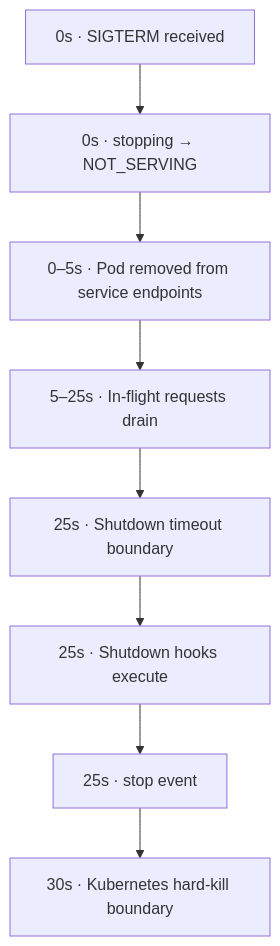
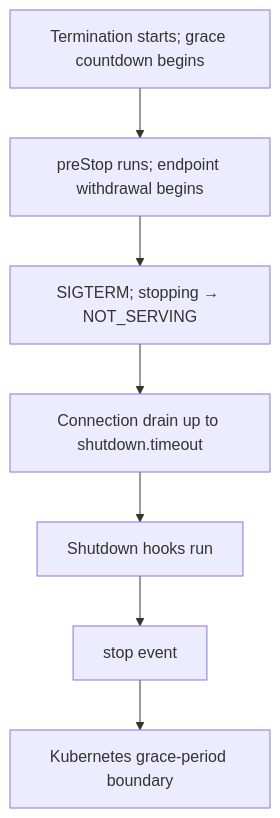
One commit to Connectum-Framework/docs changed the second of 2 diagrams in en/guide/server/graceful-shutdown.md. Above: the diagram before and after it, drawn with Mermaid. The commit also changed other lines of this file and 98 other files, not shown here.

````diff
--- a/en/guide/server/graceful-shutdown.md
+++ b/en/guide/server/graceful-shutdown.md
@@ -298,10 +301,9 @@
 ```mermaid
 flowchart TD
-    Signal["0s · SIGTERM received"] --> NotServing["0s · stopping → NOT_SERVING"]
-    NotServing --> Endpoints["0–5s · Pod removed from service endpoints"]
-    Endpoints --> Drain["5–25s · In-flight requests drain"]
-    Drain --> Timeout["25s · Shutdown timeout boundary"]
-    Timeout --> Hooks["25s · Shutdown hooks execute"]
-    Hooks --> Stop["25s · stop event"]
-    Stop --> Grace["30s · Kubernetes hard-kill boundary"]
+    Delete["Termination starts; grace countdown begins"] --> PreStop["preStop runs; endpoint withdrawal begins"]
+    PreStop --> Signal["SIGTERM; stopping → NOT_SERVING"]
+    Signal --> Drain["Connection drain up to shutdown.timeout"]
+    Drain --> Hooks["Shutdown hooks run"]
+    Hooks --> Stop["stop event"]
+    Stop --> Grace["Kubernetes grace-period boundary"]
 ```
````
